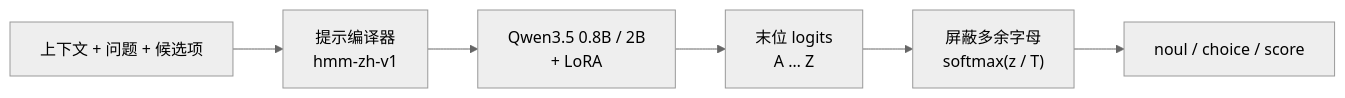
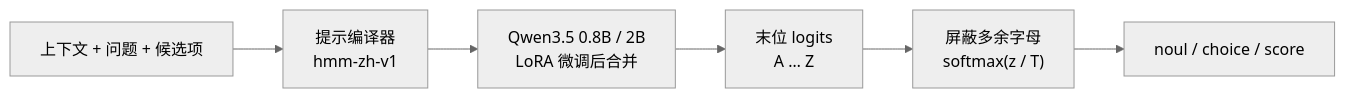
Before and after one commit to yanqiangmiffy/chinese-decision: the diagram in README.md, drawn with Mermaid (neutral theme). The commit also changed other lines of this file and 7 other files, not shown here.

````diff
--- a/README.md
+++ b/README.md
@@ -92,8 +92,8 @@
 ```mermaid
 flowchart LR
     A["上下文 + 问题 + 候选项"] --> B["提示编译器<br/>hmm-zh-v1"]
-    B --> C["Qwen3.5 0.8B / 2B<br/>+ LoRA"]
+    B --> C["Qwen3.5 0.8B / 2B<br/>LoRA 微调后合并"]
     C --> D["末位 logits<br/>A … Z"]
     D --> E["屏蔽多余字母<br/>softmax(z / T)"]
     E --> F["noul / choice / score"]
 ```
````
